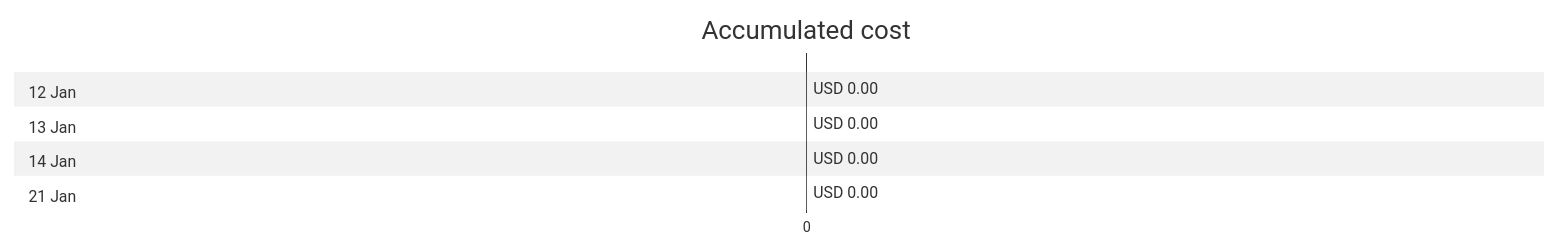
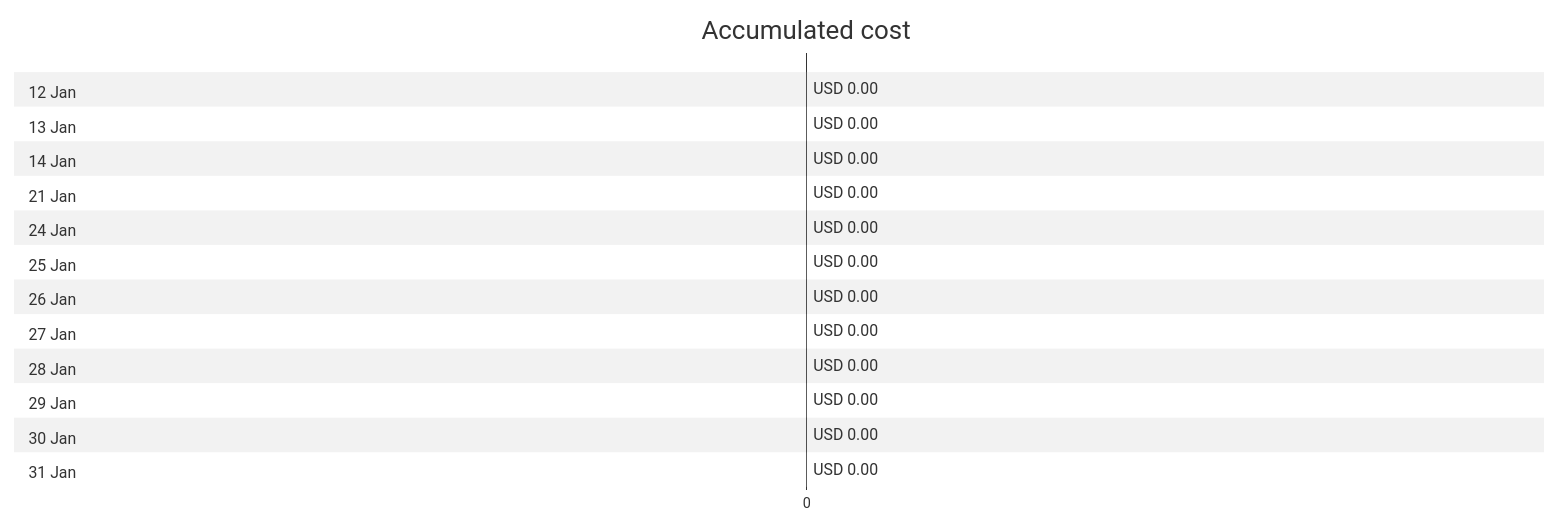
The first of 4 diagrams in cost-reports/azureapp-auto-alerts-873533-jpatrick_fulton_gmail_com/README.md (jpfulton/azure-personal-reports), drawn with Mermaid (neutral theme) before and after one commit. The commit also changed other lines of this file and 1 other file, not shown here.

Commit message:
Generated reports [skip ci]

````diff
--- a/cost-reports/azureapp-auto-alerts-873533-jpatrick_fulton_gmail_com/README.md
+++ b/cost-reports/azureapp-auto-alerts-873533-jpatrick_fulton_gmail_com/README.md
@@ -20,14 +20,30 @@
 ```mermaid
 gantt
    title Accumulated cost
    dateFormat  X
    axisFormat %s
    section 12 Jan
    USD 0.00 :0, 0
    section 13 Jan
    USD 0.00 :0, 0
    section 14 Jan
    USD 0.00 :0, 0
    section 21 Jan
    USD 0.00 :0, 0
+   section 24 Jan
+   USD 0.00 :0, 0
+   section 25 Jan
+   USD 0.00 : done, 0, 0
+   section 26 Jan
+   USD 0.00 : done, 0, 0
+   section 27 Jan
+   USD 0.00 : done, 0, 0
+   section 28 Jan
+   USD 0.00 : done, 0, 0
+   section 29 Jan
+   USD 0.00 : done, 0, 0
+   section 30 Jan
+   USD 0.00 : done, 0, 0
+   section 31 Jan
+   USD 0.00 : done, 0, 0
 ```
````
